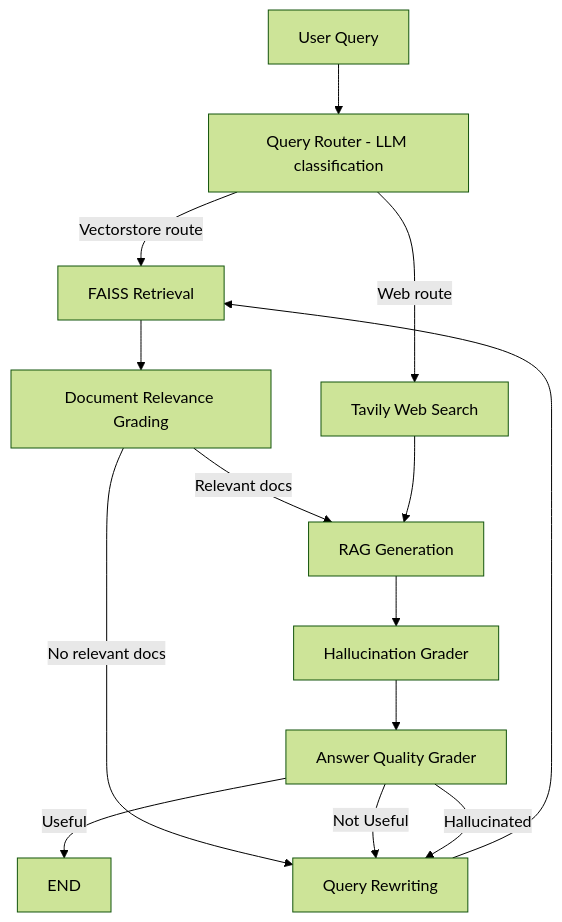
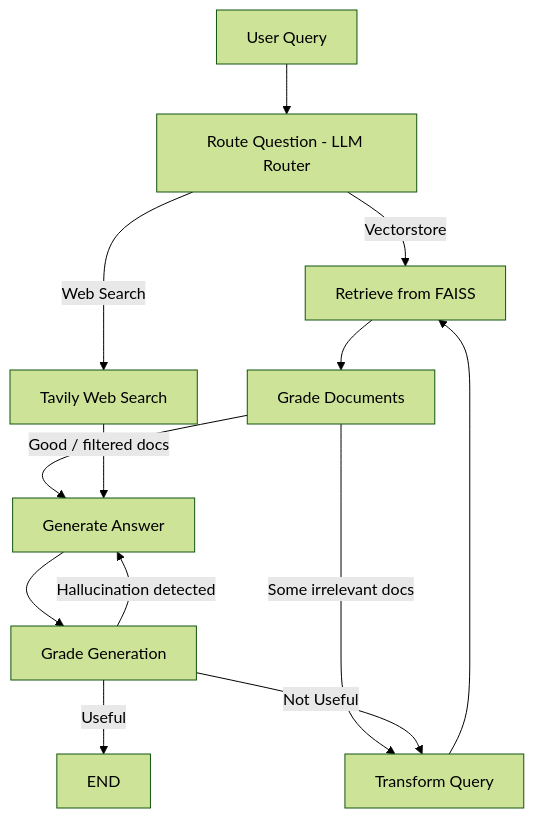
One commit to Saranshthakur/agentic-adaptive-rag-pipeline changed the diagram in README.md. Above: the diagram before and after it, drawn with Mermaid (forest theme). The commit also changed other lines of this file, not shown here.

````diff
--- a/README.md
+++ b/README.md
@@ -56,26 +26,25 @@
 ```mermaid
 flowchart TD
 
-A[User Query] --> B[Query Router - LLM classification]
+A[User Query] --> B[Route Question - LLM Router]
 
-B -->|Vectorstore route| C[FAISS Retrieval]
-B -->|Web route| D[Tavily Web Search]
+B -->|Vectorstore| C[Retrieve from FAISS]
 
-C --> E[Document Relevance Grading]
+B -->|Web Search| D[Tavily Web Search]
 
-E -->|Relevant docs| F[RAG Generation]
-E -->|No relevant docs| K[Query Rewriting]
+C --> E[Grade Documents]
+
+E -->|Good / filtered docs| F[Generate Answer]
+E -->|Some irrelevant docs| G[Transform Query]
+
+G --> C
 
 D --> F
 
-F --> G[Hallucination Grader]
-
-G --> H[Answer Quality Grader]
+F --> H[Grade Generation]
 
 H -->|Useful| I[END]
 
-H -->|Not Useful| K
-H -->|Hallucinated| K
-
-K --> C
+H -->|Not Useful| G
+H -->|Hallucination detected| F
 ```
````
